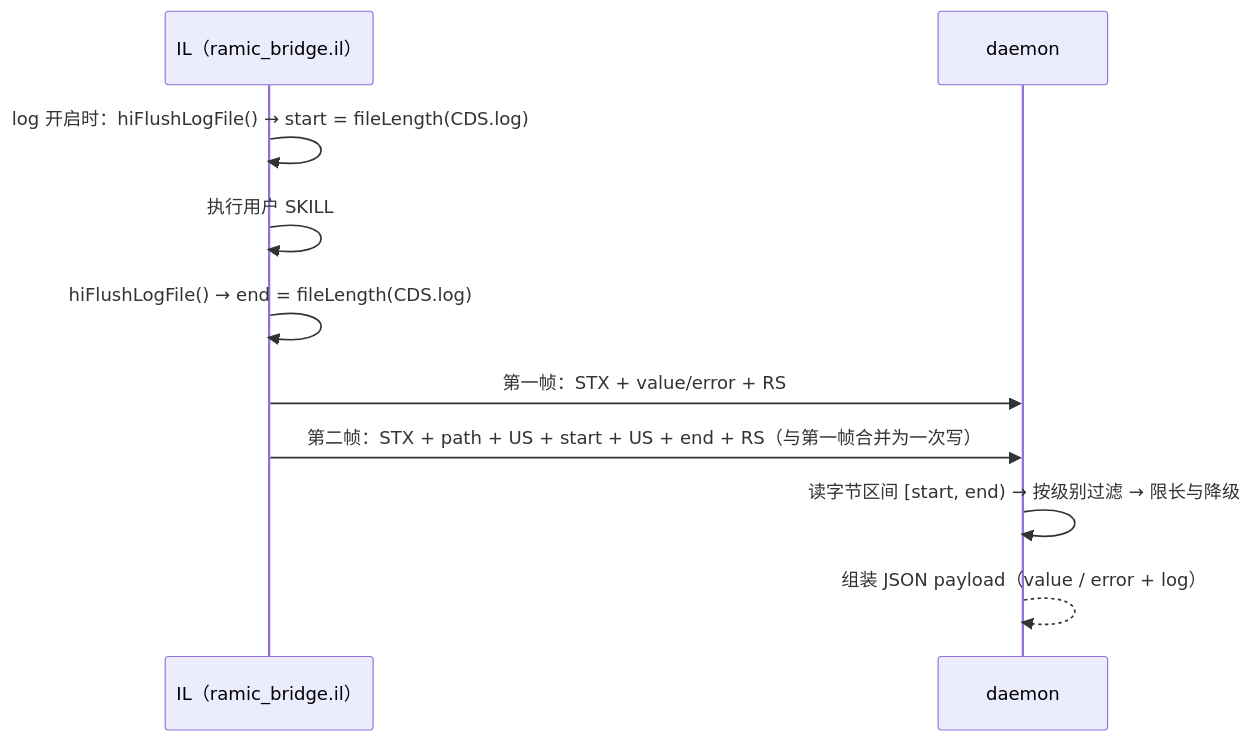
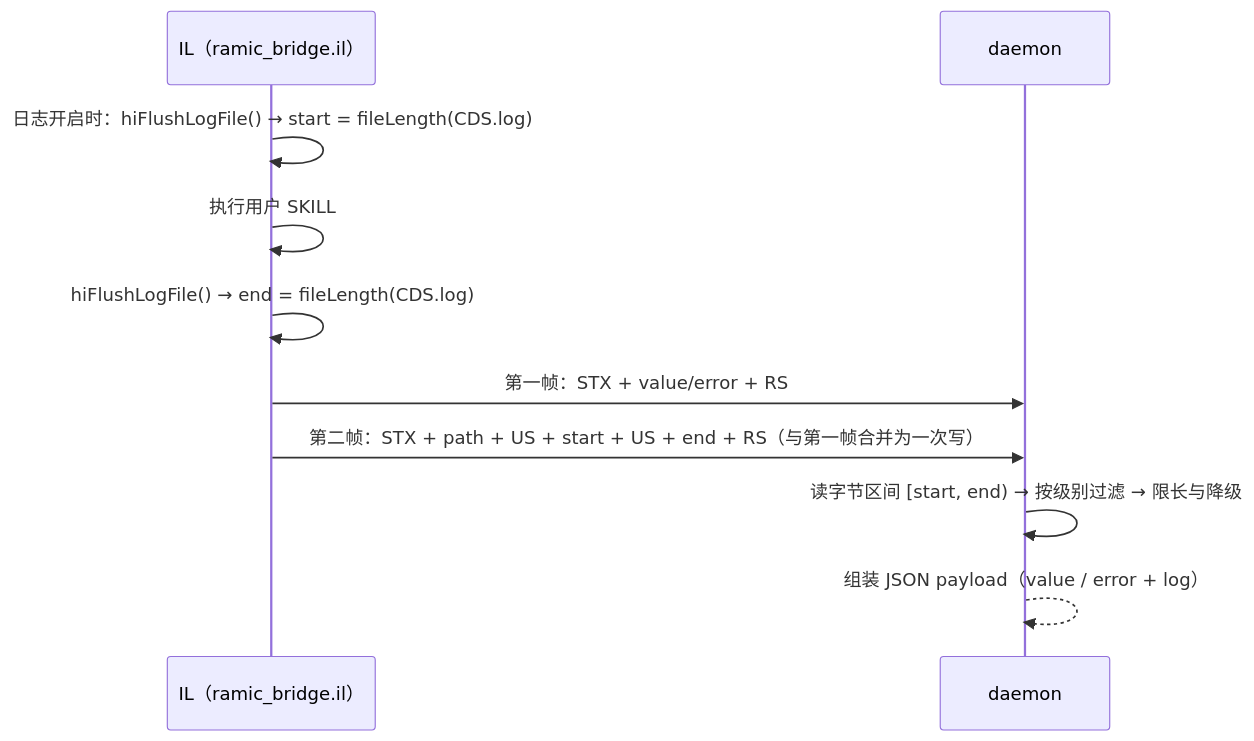
One commit to GentLau/virtuoso-bridge-NCS changed the tenth of 11 diagrams in doc/report/架构总览图.md. Above: the diagram before and after it, drawn with Mermaid. The commit also changed other lines of this file and 30 other files, not shown here.

````diff
--- a/doc/report/架构总览图.md
+++ b/doc/report/架构总览图.md
@@ -182,13 +409,13 @@
 ```mermaid
 sequenceDiagram
     participant I as IL（ramic_bridge.il）
     participant D as daemon
 
-    I->>I: log 开启时：hiFlushLogFile() → start = fileLength(CDS.log)
+    I->>I: 日志开启时：hiFlushLogFile() → start = fileLength(CDS.log)
     I->>I: 执行用户 SKILL
     I->>I: hiFlushLogFile() → end = fileLength(CDS.log)
     I->>D: 第一帧：STX + value/error + RS
     I->>D: 第二帧：STX + path + US + start + US + end + RS（与第一帧合并为一次写）
     D->>D: 读字节区间 [start, end) → 按级别过滤 → 限长与降级
     D-->>D: 组装 JSON payload（value / error + log）
 ```
````
